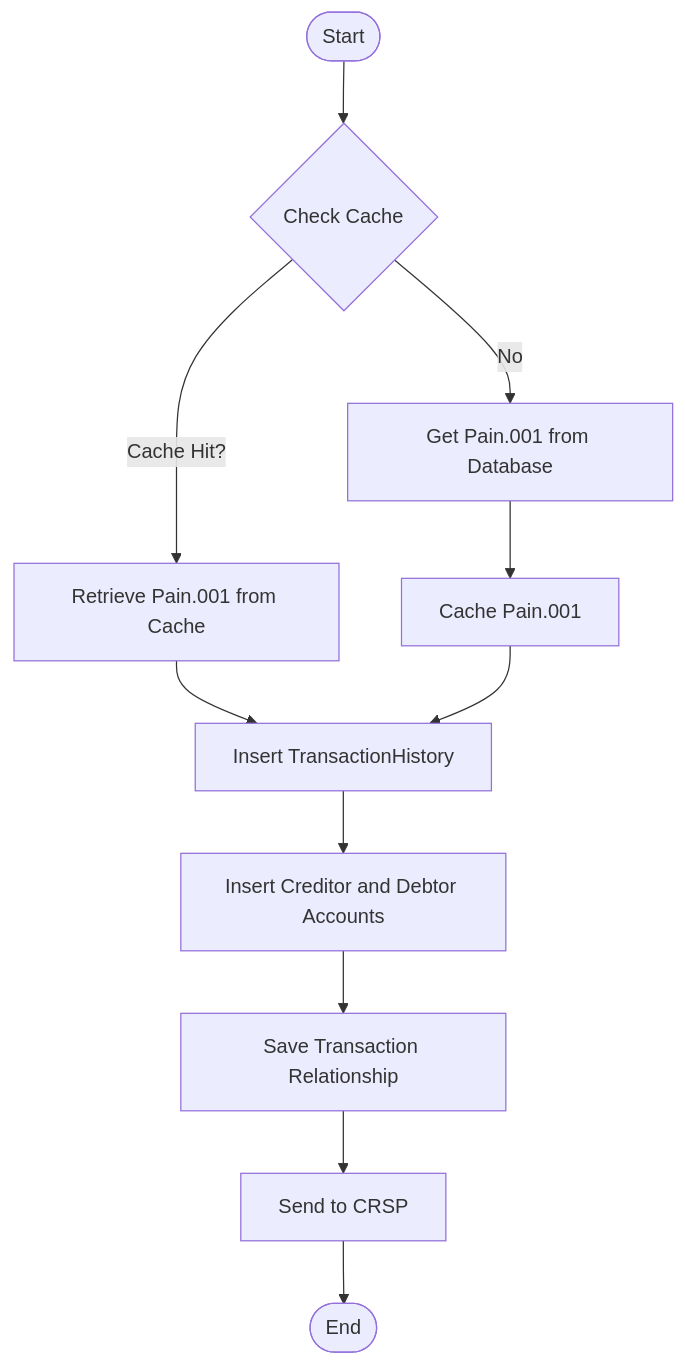
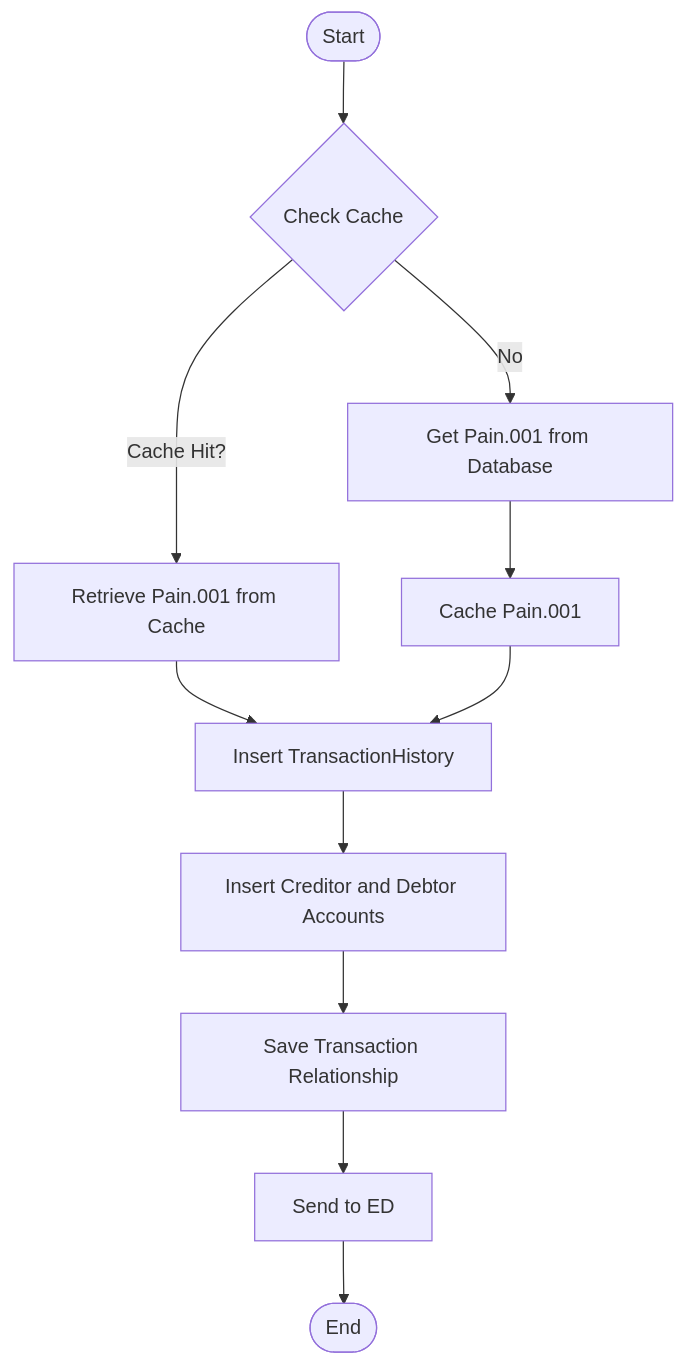
One commit to tazama-lf/tms-service changed the third of 3 diagrams in README.md. Above: the diagram before and after it, drawn with Mermaid. The commit also changed other lines of this file and 1 other file, not shown here.

Commit message:
renamed CRSP mentions to Event-Director

````diff
--- a/README.md
+++ b/README.md
@@ -194,13 +194,13 @@
 ```mermaid
 graph TD
     A([Start]) --> B{Check Cache}
     B -->|Cache Hit?| C[Retrieve Pain.001 from Cache]
     B -->|No| D[Get Pain.001 from Database]
     D --> E[Cache Pain.001]
     C --> F[Insert TransactionHistory]
     E --> F
     F --> G[Insert Creditor and Debtor Accounts]
     G --> H[Save Transaction Relationship]
-    H --> I[Send to CRSP]
+    H --> I[Send to ED]
     I --> J([End])
 ```
````
